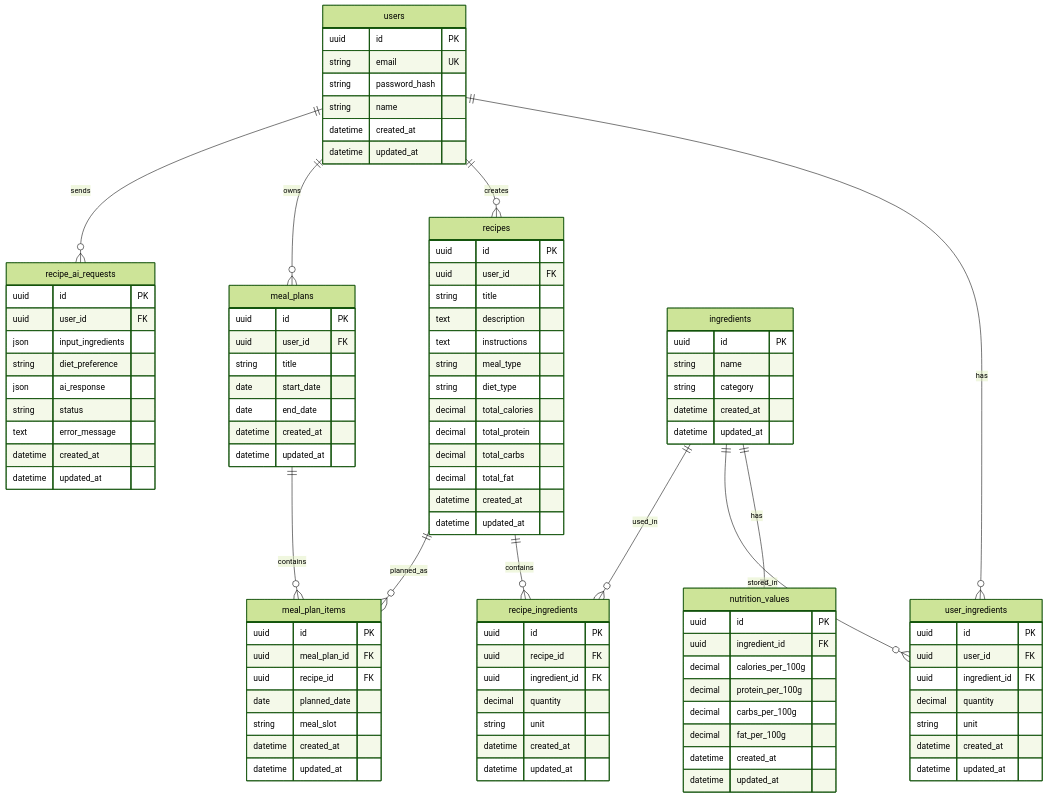
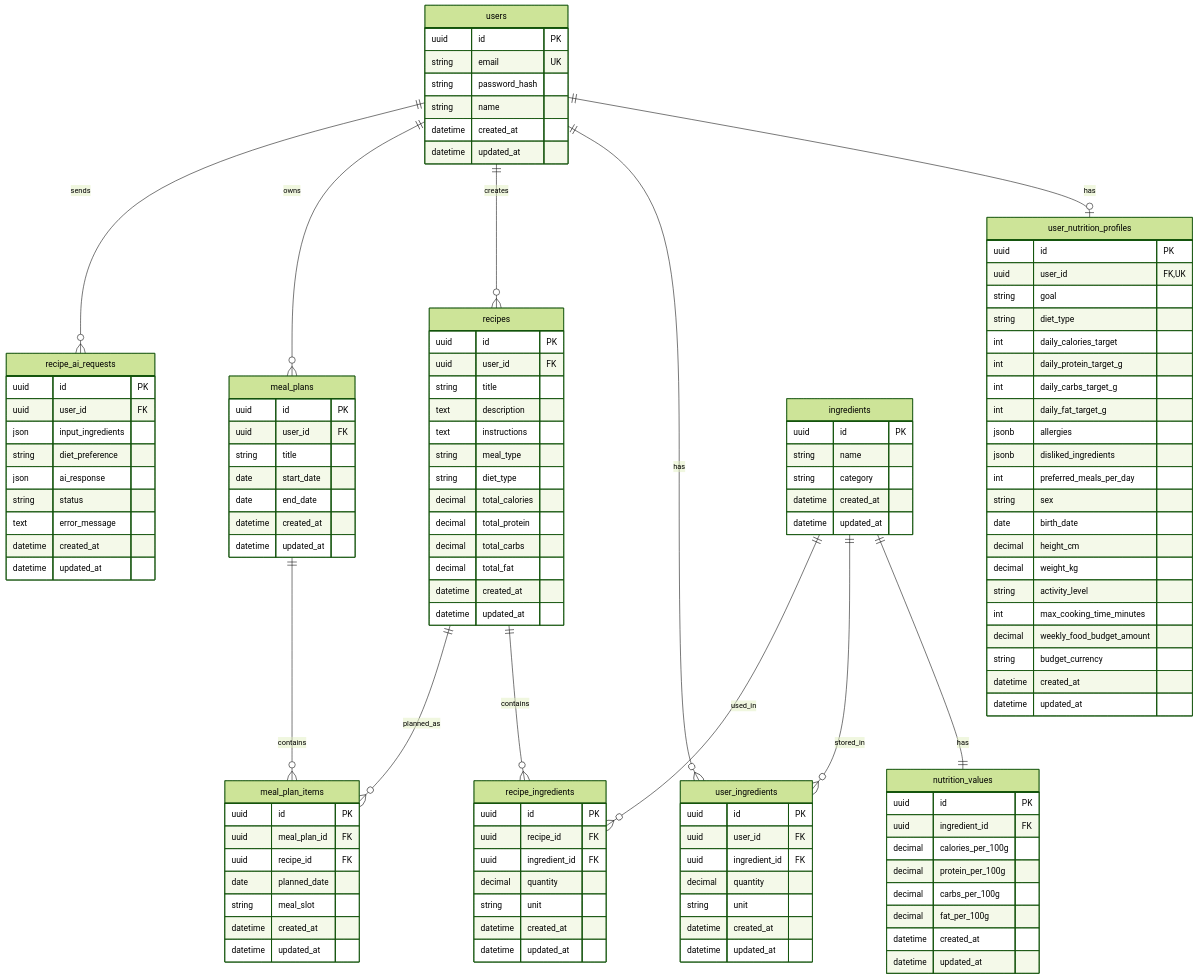
One commit to Pavel404-dev/Mealio changed the diagram in docs/database/erd.md. Above: the diagram before and after it, drawn with Mermaid (forest theme). The commit also changed other lines of this file and 12 other files, not shown here.

````diff
--- a/docs/database/erd.md
+++ b/docs/database/erd.md
@@ -29,5 +30,6 @@
 ```mermaid
 erDiagram
+    users ||--o| user_nutrition_profiles : has
     users ||--o{ user_ingredients : has
     users ||--o{ recipes : creates
     users ||--o{ meal_plans : owns
@@ -47,6 +49,30 @@
         string email UK
         string password_hash
         string name
+        datetime created_at
+        datetime updated_at
+    }
+
+    user_nutrition_profiles {
+        uuid id PK
+        uuid user_id FK,UK
+        string goal
+        string diet_type
+        int daily_calories_target
+        int daily_protein_target_g
+        int daily_carbs_target_g
+        int daily_fat_target_g
+        jsonb allergies
+        jsonb disliked_ingredients
+        int preferred_meals_per_day
+        string sex
+        date birth_date
+        decimal height_cm
+        decimal weight_kg
+        string activity_level
+        int max_cooking_time_minutes
+        decimal weekly_food_budget_amount
+        string budget_currency
         datetime created_at
         datetime updated_at
     }
````
